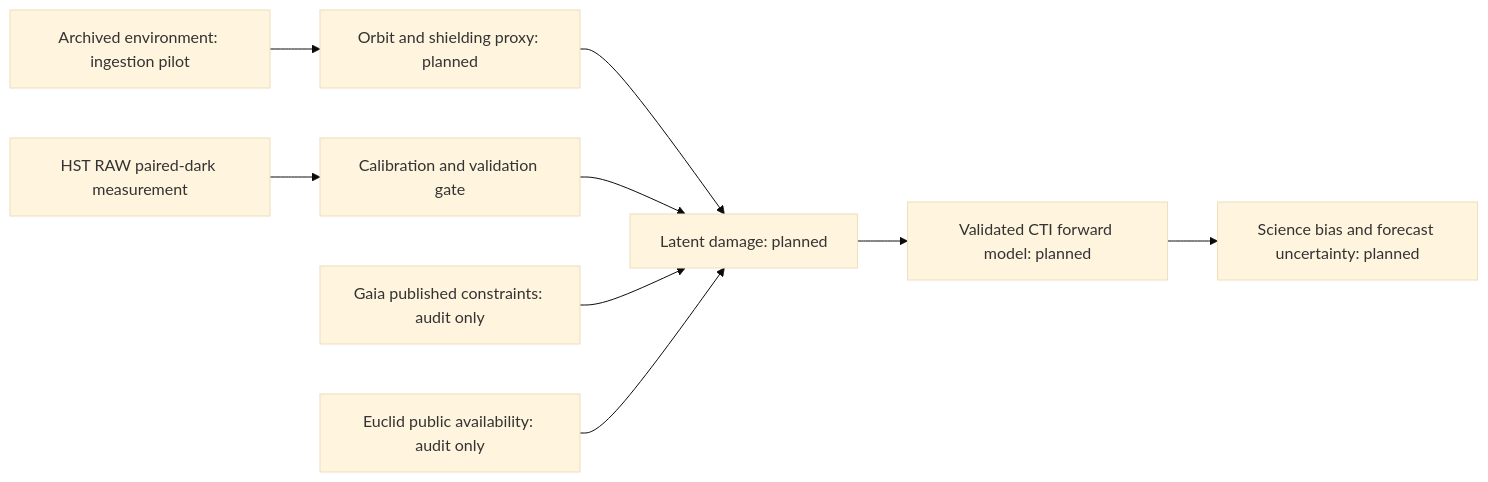
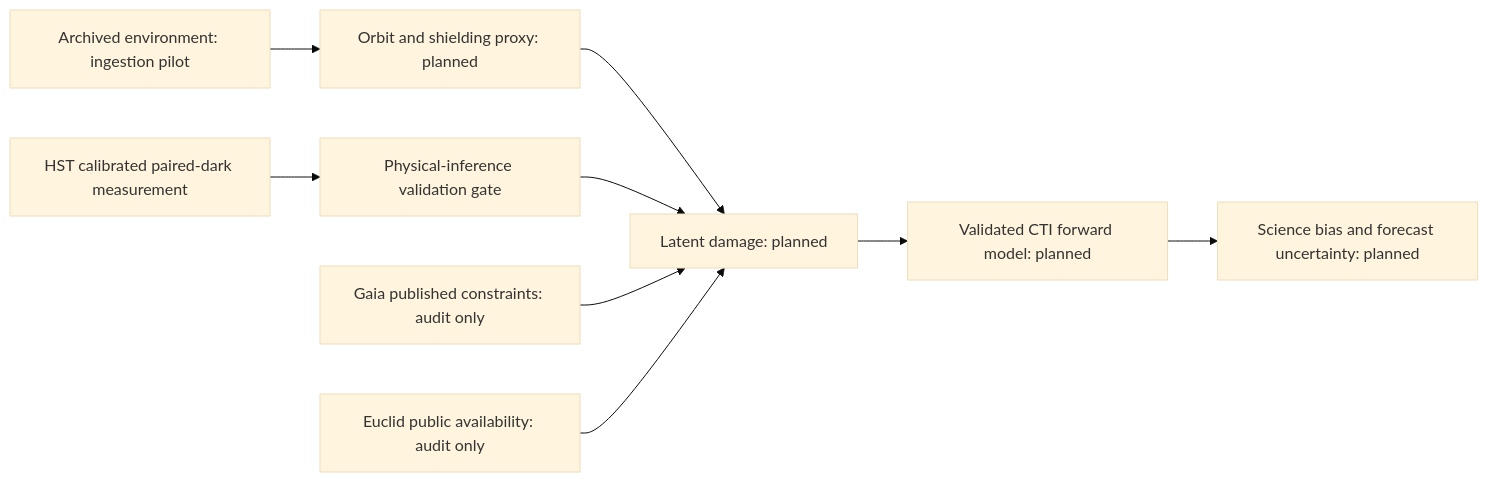
Before and after one commit to Biswajit1999/lattice-radiation-twin: the diagram in README.md, drawn with Mermaid (base theme). The commit also changed other lines of this file and 43 other files, not shown here.

Commit message:
feat: complete calibrated HST development cohort

````diff
--- a/README.md
+++ b/README.md
@@ -15,11 +15,11 @@
 ```mermaid
 flowchart LR
   A[Archived environment: ingestion pilot] --> B[Orbit and shielding proxy: planned]
   B --> C[Latent damage: planned]
-  H[HST RAW paired-dark measurement] --> V[Calibration and validation gate]
+  H[HST calibrated paired-dark measurement] --> V[Physical-inference validation gate]
   V --> C
   G[Gaia published constraints: audit only] --> C
   E[Euclid public availability: audit only] --> C
   C --> D[Validated CTI forward model: planned]
   D --> S[Science bias and forecast uncertainty: planned]
 ```
````
